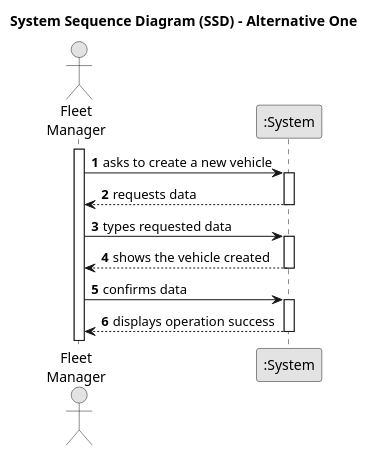
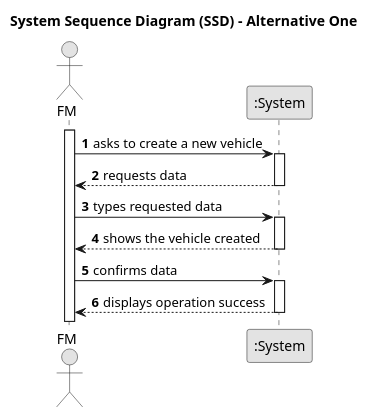
One commit to Departamento-de-Engenharia-Informatica/lei-24-s2-1df-1de-g063 changed the diagram in docs/sprintA/us006/01.requirements-engineering/puml/us006-system-sequence-diagram-alternative-one.puml. Above: the diagram before and after it, drawn with PlantUML. The commit also changed 5 other files, not shown here.

```diff
--- a/docs/sprintA/us006/01.requirements-engineering/puml/us006-system-sequence-diagram-alternative-one.puml
+++ b/docs/sprintA/us006/01.requirements-engineering/puml/us006-system-sequence-diagram-alternative-one.puml
@@ -1,35 +1,35 @@
 @startuml
 skinparam monochrome true
 skinparam packageStyle rectangle
 skinparam shadowing false
 
 title System Sequence Diagram (SSD) - Alternative One
 
 autonumber
 
-actor "Fleet\nManager" as Employee
+actor "FM" as Employee
 participant ":System" as System
 
 activate Employee
 
     Employee -> System : asks to create a new vehicle
     activate System
 
         System --> Employee : requests data
     deactivate System
 
     Employee -> System : types requested data
     activate System
 
         System --> Employee : shows the vehicle created
     deactivate System
 
     Employee -> System : confirms data
     activate System
 
         System --> Employee : displays operation success
     deactivate System
 
 
 
 @enduml
```
